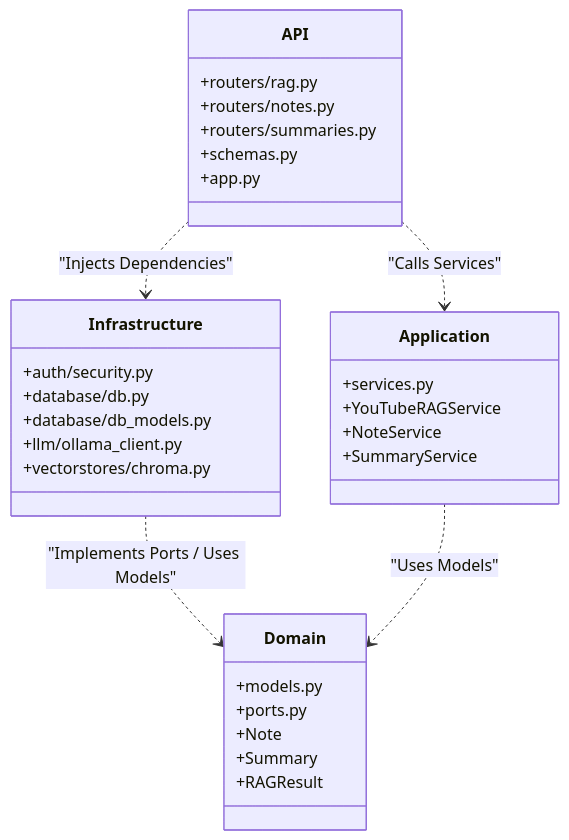
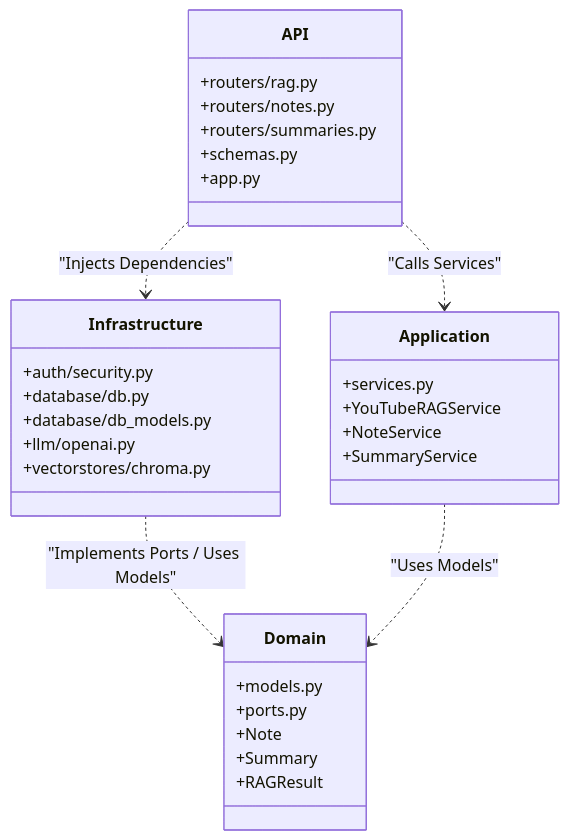
The second of 2 diagrams in mermaid.md (Macowen14/youtube_RAG), drawn with Mermaid before and after one commit. The commit also changed other lines of this file and 17 other files, not shown here.

````diff
--- a/mermaid.md
+++ b/mermaid.md
@@ -53,38 +53,38 @@
 ```mermaid
 classDiagram
     class API {
         +routers/rag.py
         +routers/notes.py
         +routers/summaries.py
         +schemas.py
         +app.py
     }
     
     class Application {
         +services.py
         +YouTubeRAGService
         +NoteService
         +SummaryService
     }
     
     class Domain {
         +models.py
         +ports.py
         +Note
         +Summary
         +RAGResult
     }
     
     class Infrastructure {
         +auth/security.py
         +database/db.py
         +database/db_models.py
-        +llm/ollama_client.py
+        +llm/openai.py
         +vectorstores/chroma.py
     }
 
     Infrastructure ..> Domain : "Implements Ports / Uses Models"
     Application ..> Domain : "Uses Models"
     API ..> Application : "Calls Services"
     API ..> Infrastructure : "Injects Dependencies"
 ```
````
